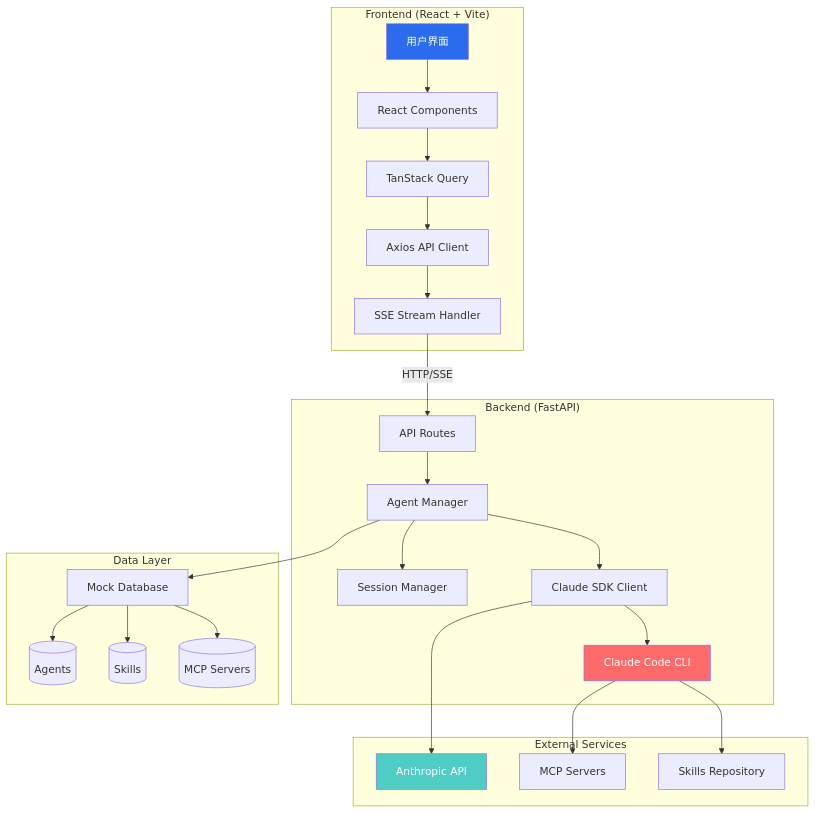
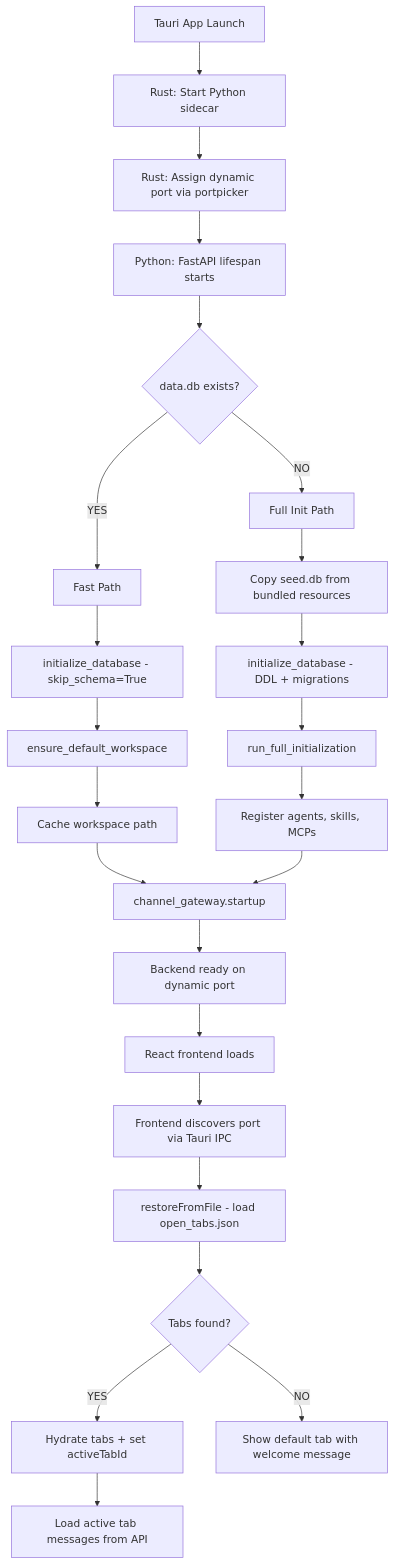
Before and after one commit to xg-gh-25/SwarmAI: the first of 8 diagrams in .kiro/specs/FLOWCHARTS.md, drawn with Mermaid. The commit also changed other lines of this file, not shown here.

First line of the commit message:
docs: Rewrite FLOWCHARTS.md with current system mermaid diagrams

````diff
--- a/.kiro/specs/FLOWCHARTS.md
+++ b/.kiro/specs/FLOWCHARTS.md
@@ -7,39 +9,29 @@
 ```mermaid
-graph TB
-    subgraph "Frontend (React + Vite)"
-        A[用户界面] --> B[React Components]
-        B --> C[TanStack Query]
-        C --> D[Axios API Client]
-        D --> E[SSE Stream Handler]
-    end
+flowchart TD
+    A[Tauri App Launch] --> B[Rust: Start Python sidecar]
+    B --> C[Rust: Assign dynamic port via portpicker]
+    C --> D[Python: FastAPI lifespan starts]
+    D --> E{data.db exists?}
 
-    subgraph "Backend (FastAPI)"
-        F[API Routes] --> G[Agent Manager]
-        G --> H[Session Manager]
-        G --> I[Claude SDK Client]
-        I --> J[Claude Code CLI]
-    end
+    E -->|YES| F[Fast Path]
+    F --> F1[initialize_database - skip_schema=True]
+    F1 --> F2[ensure_default_workspace]
+    F2 --> F3[Cache workspace path]
+    F3 --> G[channel_gateway.startup]
 
-    subgraph "Data Layer"
-        K[Mock Database]
-        K --> L[(Agents)]
-        K --> M[(Skills)]
-        K --> N[(MCP Servers)]
-    end
+    E -->|NO| H[Full Init Path]
+    H --> H1[Copy seed.db from bundled resources]
+    H1 --> H2[initialize_database - DDL + migrations]
+    H2 --> H3[run_full_initialization]
+    H3 --> H4[Register agents, skills, MCPs]
+    H4 --> G
 
-    subgraph "External Services"
-        O[Anthropic API]
-        P[MCP Servers]
-        Q[Skills Repository]
-    end
-
-    E -->|HTTP/SSE| F
-    G --> K
-    I --> O
-    J --> P
-    J --> Q
-
-    style A fill:#2b6cee,color:#fff
-    style J fill:#ff6b6b,color:#fff
-    style O fill:#4ecdc4,color:#fff
+    G --> I[Backend ready on dynamic port]
+    I --> J[React frontend loads]
+    J --> K[Frontend discovers port via Tauri IPC]
+    K --> L[restoreFromFile - load open_tabs.json]
+    L --> M{Tabs found?}
+    M -->|YES| N[Hydrate tabs + set activeTabId]
+    N --> O[Load active tab messages from API]
+    M -->|NO| P[Show default tab with welcome message]
 ```
````
